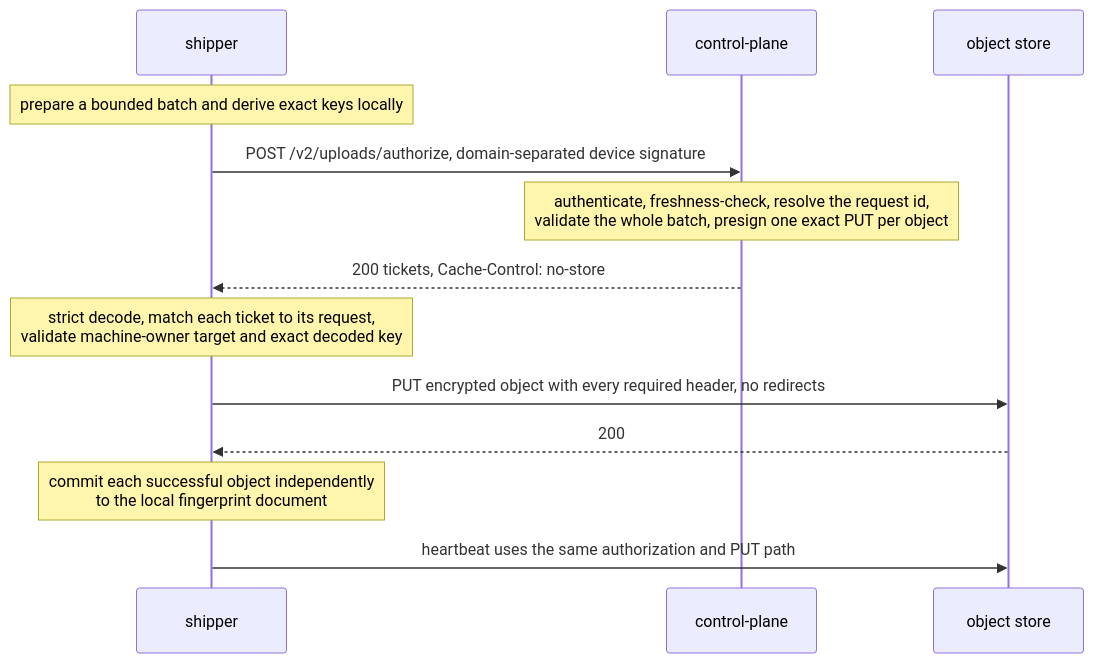
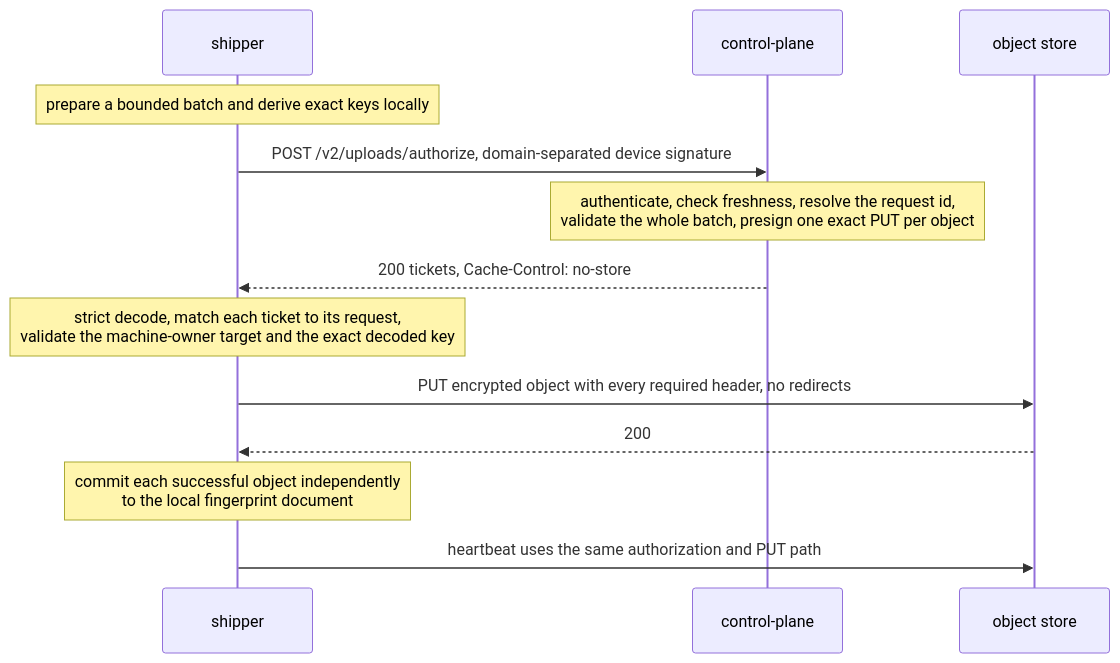
One commit to QuesmaOrg/shipper-protocol changed the third of 4 diagrams in PROTOCOL.md. Above: the diagram before and after it, drawn with Mermaid. The commit also changed other lines of this file and 19 other files, not shown here.

````diff
--- a/PROTOCOL.md
+++ b/PROTOCOL.md
@@ -158,15 +158,15 @@
 ```mermaid
 sequenceDiagram
     participant S as shipper
     participant CP as control-plane
     participant OS as object store
     Note over S: prepare a bounded batch and derive exact keys locally
     S->>CP: POST /v2/uploads/authorize, domain-separated device signature
-    Note over CP: authenticate, freshness-check, resolve the request id,<br/>validate the whole batch, presign one exact PUT per object
+    Note over CP: authenticate, check freshness, resolve the request id,<br/>validate the whole batch, presign one exact PUT per object
     CP-->>S: 200 tickets, Cache-Control: no-store
-    Note over S: strict decode, match each ticket to its request,<br/>validate machine-owner target and exact decoded key
+    Note over S: strict decode, match each ticket to its request,<br/>validate the machine-owner target and the exact decoded key
     S->>OS: PUT encrypted object with every required header, no redirects
     OS-->>S: 200
     Note over S: commit each successful object independently<br/>to the local fingerprint document
     S->>OS: heartbeat uses the same authorization and PUT path
 ```
````
